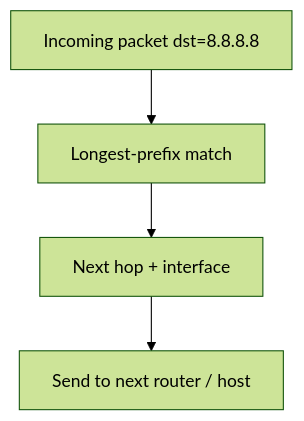
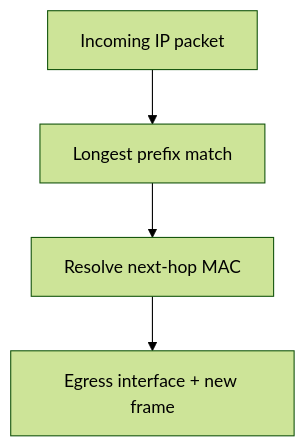
Before and after one commit to omnayak27199/pktana: the third of 7 diagrams in learning/05-network-layer.md, drawn with Mermaid (forest theme). The commit also changed other lines of this file and 14 other files, not shown here.

````diff
--- a/learning/05-network-layer.md
+++ b/learning/05-network-layer.md
@@ -57,6 +158,6 @@
 ```mermaid
 flowchart TB
-  Pkt[Incoming packet dst=8.8.8.8] --> Lookup[Longest-prefix match]
-  Lookup --> NH[Next hop + interface]
-  NH --> Send[Send to next router / host]
+  Pkt[Incoming IP packet] --> LPM[Longest prefix match]
+  LPM --> NH[Resolve next-hop MAC]
+  NH --> OUT[Egress interface + new frame]
 ```
````
